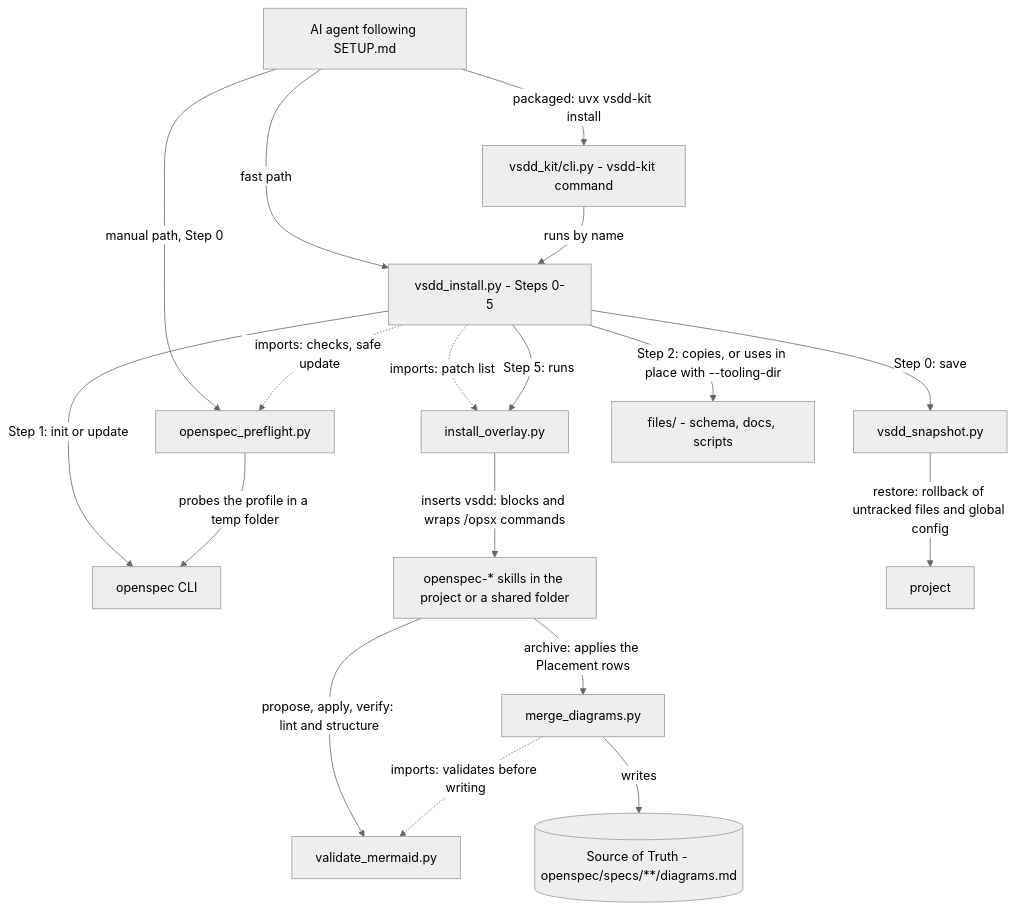
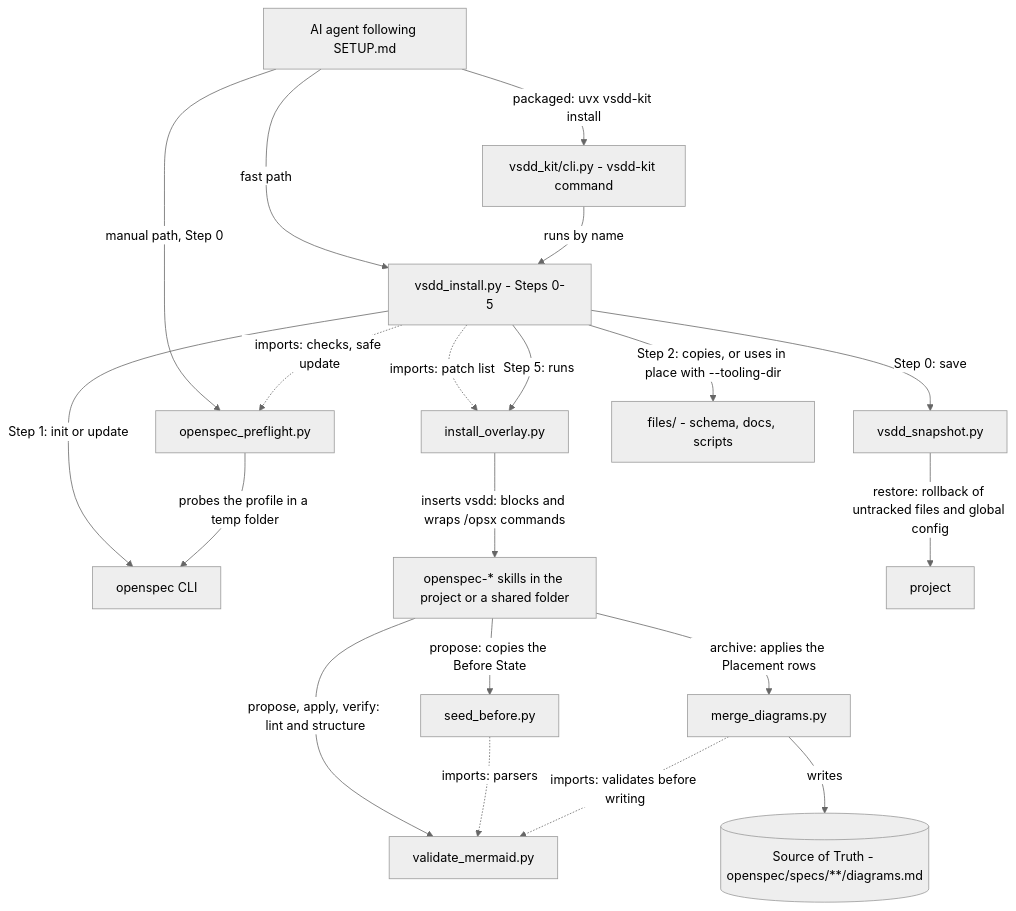
Before and after one commit to joecrowley/vsdd-kit: the diagram in docs/ARCHITECTURE.md, drawn with Mermaid (neutral theme). The commit also changed other lines of this file and 14 other files, not shown here.

````diff
--- a/docs/ARCHITECTURE.md
+++ b/docs/ARCHITECTURE.md
@@ -13,20 +13,22 @@
 ```mermaid
 flowchart TD
     AGENT["AI agent following SETUP.md"] -->|"fast path"| INST["vsdd_install.py - Steps 0-5"]
     AGENT -->|"packaged: uvx vsdd-kit install"| PKG["vsdd_kit/cli.py - vsdd-kit command"]
     PKG -->|"runs by name"| INST
     AGENT -->|"manual path, Step 0"| PRE["openspec_preflight.py"]
     INST -.->|"imports: checks, safe update"| PRE
     INST -.->|"imports: patch list"| OVL["install_overlay.py"]
     INST -->|"Step 0: save"| SNAP["vsdd_snapshot.py"]
     INST -->|"Step 1: init or update"| CLI["openspec CLI"]
     PRE -->|"probes the profile in a temp folder"| CLI
     INST -->|"Step 2: copies, or uses in place with --tooling-dir"| KIT["files/ - schema, docs, scripts"]
     INST -->|"Step 5: runs"| OVL
     OVL -->|"inserts vsdd: blocks and wraps /opsx commands"| SKILLS["openspec-* skills in the project or a shared folder"]
     SKILLS -->|"propose, apply, verify: lint and structure"| VAL["validate_mermaid.py"]
+    SKILLS -->|"propose: copies the Before State"| SEED["seed_before.py"]
+    SEED -.->|"imports: parsers"| VAL
     SKILLS -->|"archive: applies the Placement rows"| MERGE["merge_diagrams.py"]
     MERGE -.->|"imports: validates before writing"| VAL
     MERGE -->|"writes"| SOT[("Source of Truth - openspec/specs/**/diagrams.md")]
     SNAP -->|"restore: rollback of untracked files and global config"| PROJ["project"]
 ```
````
